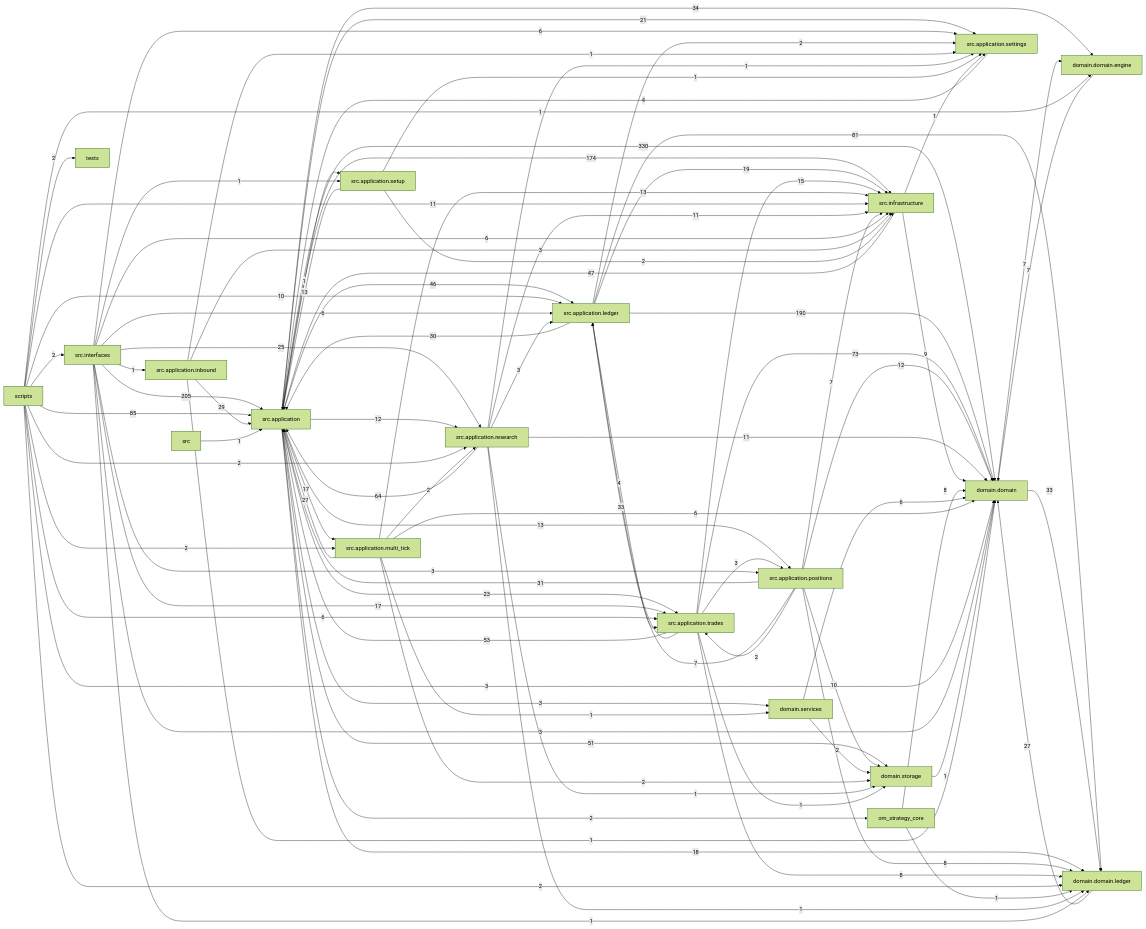
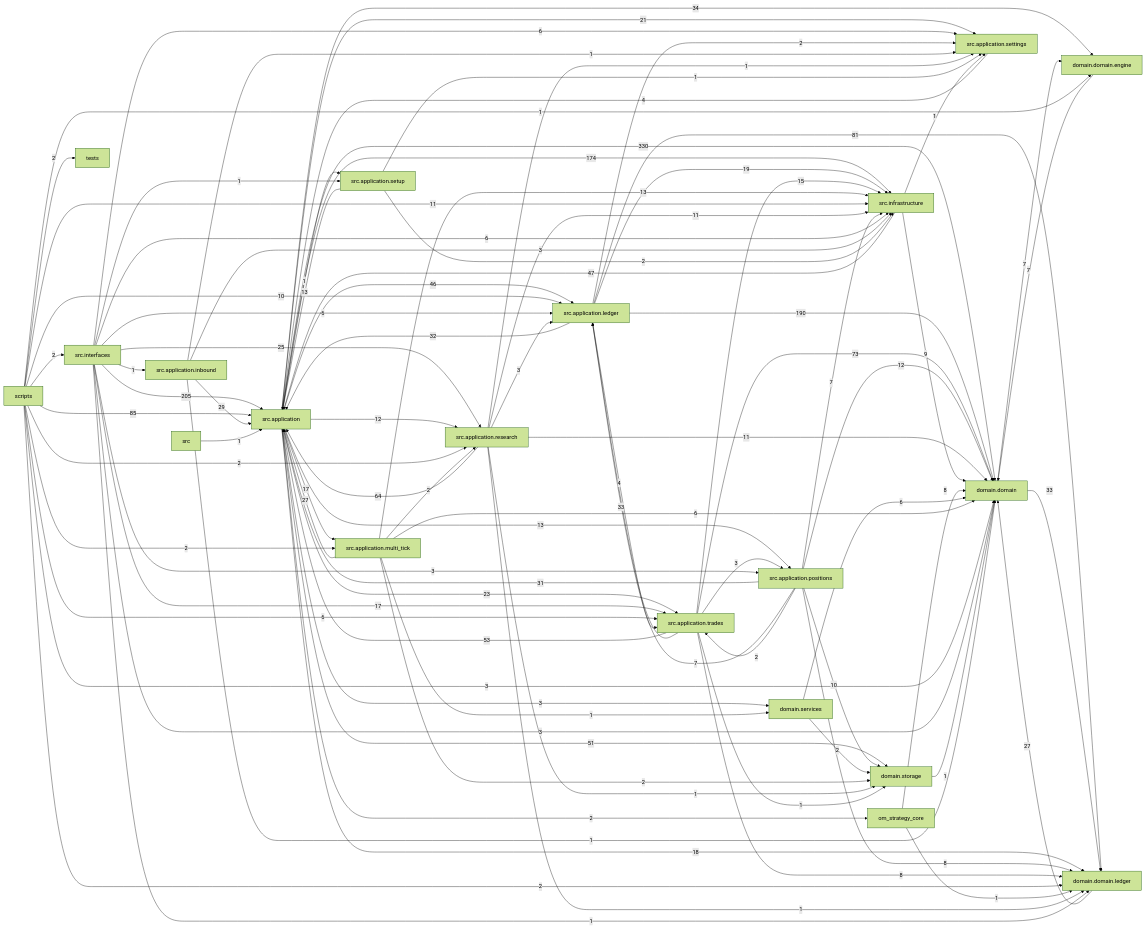
The diagram in docs/dependency_graph.mmd (liuxie066/options-monitor), drawn with Mermaid (forest theme) before and after one commit. The commit also changed 28 other files, not shown here.

```diff
--- a/docs/dependency_graph.mmd
+++ b/docs/dependency_graph.mmd
@@ -1,91 +1,91 @@
 flowchart LR
   src_application["src.application"] -->|330| domain_domain["domain.domain"]
   src_interfaces["src.interfaces"] -->|205| src_application["src.application"]
   src_application_ledger["src.application.ledger"] -->|190| domain_domain["domain.domain"]
   src_application["src.application"] -->|174| src_infrastructure["src.infrastructure"]
   scripts["scripts"] -->|85| src_application["src.application"]
   src_application_ledger["src.application.ledger"] -->|81| domain_domain_ledger["domain.domain.ledger"]
   src_application_trades["src.application.trades"] -->|73| domain_domain["domain.domain"]
   src_application_research["src.application.research"] -->|64| src_application["src.application"]
   src_application_trades["src.application.trades"] -->|53| src_application["src.application"]
   src_application["src.application"] -->|51| domain_storage["domain.storage"]
   src_infrastructure["src.infrastructure"] -->|47| src_application["src.application"]
   src_application["src.application"] -->|46| src_application_ledger["src.application.ledger"]
   src_application["src.application"] -->|34| domain_domain_engine["domain.domain.engine"]
   domain_domain["domain.domain"] -->|33| domain_domain_ledger["domain.domain.ledger"]
   src_application_trades["src.application.trades"] -->|33| src_application_ledger["src.application.ledger"]
+  src_application_ledger["src.application.ledger"] -->|32| src_application["src.application"]
   src_application_positions["src.application.positions"] -->|31| src_application["src.application"]
-  src_application_ledger["src.application.ledger"] -->|30| src_application["src.application"]
   src_application_inbound["src.application.inbound"] -->|29| src_application["src.application"]
   domain_domain_ledger["domain.domain.ledger"] -->|27| domain_domain["domain.domain"]
   src_application_multi_tick["src.application.multi_tick"] -->|27| src_application["src.application"]
   src_interfaces["src.interfaces"] -->|25| src_application_research["src.application.research"]
   src_application["src.application"] -->|23| src_application_trades["src.application.trades"]
   src_application["src.application"] -->|21| src_application_settings["src.application.settings"]
   src_application_ledger["src.application.ledger"] -->|19| src_infrastructure["src.infrastructure"]
   src_application["src.application"] -->|18| domain_domain_ledger["domain.domain.ledger"]
   src_application["src.application"] -->|17| src_application_multi_tick["src.application.multi_tick"]
   src_interfaces["src.interfaces"] -->|17| src_application_trades["src.application.trades"]
   src_application_trades["src.application.trades"] -->|15| src_infrastructure["src.infrastructure"]
   src_application["src.application"] -->|13| src_application_positions["src.application.positions"]
   src_application_multi_tick["src.application.multi_tick"] -->|13| src_infrastructure["src.infrastructure"]
   src_application_setup["src.application.setup"] -->|13| src_application["src.application"]
   src_application["src.application"] -->|12| src_application_research["src.application.research"]
   src_application_positions["src.application.positions"] -->|12| domain_domain["domain.domain"]
   scripts["scripts"] -->|11| src_infrastructure["src.infrastructure"]
   src_application_research["src.application.research"] -->|11| domain_domain["domain.domain"]
   src_application_research["src.application.research"] -->|11| src_infrastructure["src.infrastructure"]
   scripts["scripts"] -->|10| src_application_ledger["src.application.ledger"]
   src_application_positions["src.application.positions"] -->|10| domain_storage["domain.storage"]
   src_infrastructure["src.infrastructure"] -->|9| domain_domain["domain.domain"]
   om_strategy_core["om_strategy_core"] -->|8| domain_domain["domain.domain"]
   src_application_positions["src.application.positions"] -->|8| domain_domain_ledger["domain.domain.ledger"]
   src_application_trades["src.application.trades"] -->|8| domain_domain_ledger["domain.domain.ledger"]
   domain_domain["domain.domain"] -->|7| domain_domain_engine["domain.domain.engine"]
   domain_domain_engine["domain.domain.engine"] -->|7| domain_domain["domain.domain"]
   src_application_positions["src.application.positions"] -->|7| src_application_ledger["src.application.ledger"]
   src_application_positions["src.application.positions"] -->|7| src_infrastructure["src.infrastructure"]
   domain_services["domain.services"] -->|6| domain_domain["domain.domain"]
   scripts["scripts"] -->|6| src_application_trades["src.application.trades"]
   src_application_multi_tick["src.application.multi_tick"] -->|6| domain_domain["domain.domain"]
   src_interfaces["src.interfaces"] -->|6| src_application_ledger["src.application.ledger"]
   src_interfaces["src.interfaces"] -->|6| src_application_settings["src.application.settings"]
   src_interfaces["src.interfaces"] -->|6| src_infrastructure["src.infrastructure"]
   src_application_ledger["src.application.ledger"] -->|4| src_application_trades["src.application.trades"]
   src_application_settings["src.application.settings"] -->|4| src_application["src.application"]
   scripts["scripts"] -->|3| domain_domain["domain.domain"]
   src_application["src.application"] -->|3| domain_services["domain.services"]
   src_application_inbound["src.application.inbound"] -->|3| src_infrastructure["src.infrastructure"]
   src_application_research["src.application.research"] -->|3| src_application_ledger["src.application.ledger"]
   src_application_trades["src.application.trades"] -->|3| src_application_positions["src.application.positions"]
   src_interfaces["src.interfaces"] -->|3| domain_domain["domain.domain"]
   src_interfaces["src.interfaces"] -->|3| src_application_positions["src.application.positions"]
   domain_services["domain.services"] -->|2| domain_storage["domain.storage"]
   scripts["scripts"] -->|2| domain_domain_ledger["domain.domain.ledger"]
   scripts["scripts"] -->|2| src_application_multi_tick["src.application.multi_tick"]
   scripts["scripts"] -->|2| src_application_research["src.application.research"]
   scripts["scripts"] -->|2| src_interfaces["src.interfaces"]
   scripts["scripts"] -->|2| tests["tests"]
   src_application["src.application"] -->|2| om_strategy_core["om_strategy_core"]
   src_application_ledger["src.application.ledger"] -->|2| src_application_settings["src.application.settings"]
   src_application_multi_tick["src.application.multi_tick"] -->|2| domain_storage["domain.storage"]
   src_application_multi_tick["src.application.multi_tick"] -->|2| src_application_research["src.application.research"]
   src_application_positions["src.application.positions"] -->|2| src_application_trades["src.application.trades"]
   src_application_setup["src.application.setup"] -->|2| src_infrastructure["src.infrastructure"]
   domain_storage["domain.storage"] -->|1| domain_domain["domain.domain"]
   om_strategy_core["om_strategy_core"] -->|1| domain_domain_ledger["domain.domain.ledger"]
   scripts["scripts"] -->|1| domain_domain_engine["domain.domain.engine"]
   src["src"] -->|1| src_application["src.application"]
   src_application["src.application"] -->|1| src_application_setup["src.application.setup"]
   src_application_inbound["src.application.inbound"] -->|1| domain_domain["domain.domain"]
   src_application_inbound["src.application.inbound"] -->|1| src_application_settings["src.application.settings"]
   src_application_multi_tick["src.application.multi_tick"] -->|1| domain_services["domain.services"]
   src_application_research["src.application.research"] -->|1| domain_domain_ledger["domain.domain.ledger"]
   src_application_research["src.application.research"] -->|1| domain_storage["domain.storage"]
   src_application_research["src.application.research"] -->|1| src_application_settings["src.application.settings"]
   src_application_setup["src.application.setup"] -->|1| src_application_settings["src.application.settings"]
   src_application_trades["src.application.trades"] -->|1| domain_storage["domain.storage"]
   src_infrastructure["src.infrastructure"] -->|1| src_application_settings["src.application.settings"]
   src_interfaces["src.interfaces"] -->|1| domain_domain_ledger["domain.domain.ledger"]
   src_interfaces["src.interfaces"] -->|1| src_application_inbound["src.application.inbound"]
   src_interfaces["src.interfaces"] -->|1| src_application_setup["src.application.setup"]
```
